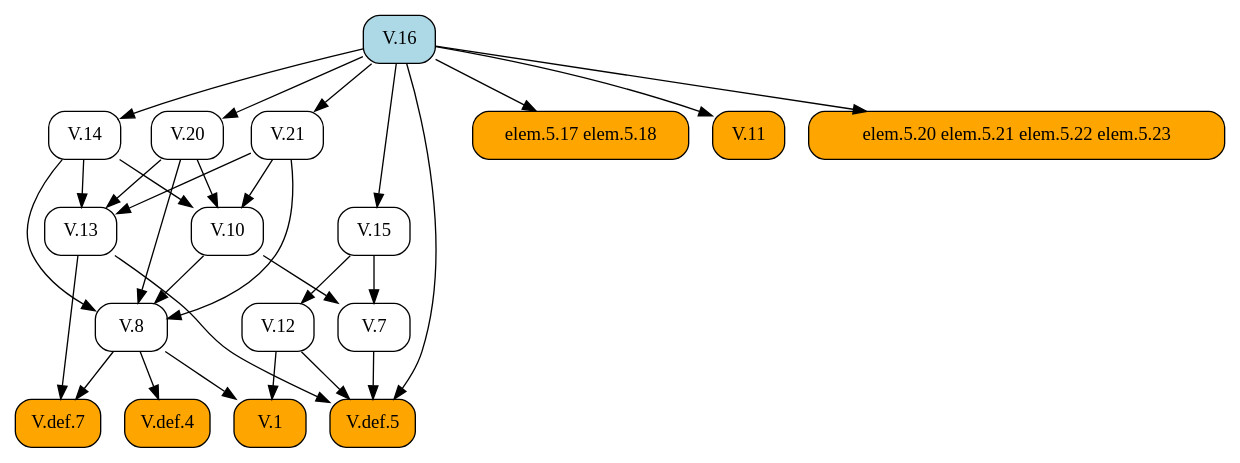
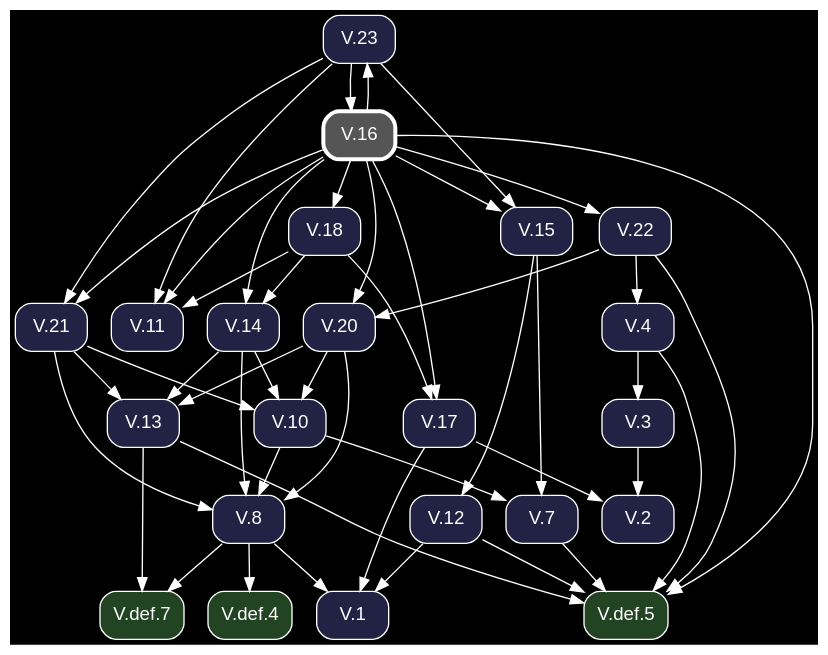
The diagram in docsrc/heath/V/16/index.rst (geometor/elements), drawn with Graphviz before and after one commit. The commit also changed other lines of this file and 1200 other files, not shown here.

Commit message:
update dependency graphs

```diff
--- a/docsrc/heath/V/16/index.rst
+++ b/docsrc/heath/V/16/index.rst
@@ -61,52 +61,76 @@
 .. graphviz::
 
    digraph {
+     bgcolor="black";
+     node [shape=box, style="rounded,filled", fontname="Helvetica", color="white", fontcolor="white"];
+     edge [color="white", fontcolor="white"];
      rankdir="TB";
-     node [shape=box, style=rounded];
-     "V.16" [style="rounded,filled", fillcolor=lightblue, URL="/heath/V/16/", target="_top"];
-     "V.def.7" [style="rounded,filled", fillcolor=orange, URL="/heath/V/def.7/", target="_top"];
-     "V.21" [URL="/heath/V/21/", target="_top"];
-     "V.13" [URL="/heath/V/13/", target="_top"];
-     "V.7" [URL="/heath/V/7/", target="_top"];
-     "elem.5.17 elem.5.18" [style="rounded,filled", fillcolor=orange];
-     "V.14" [URL="/heath/V/14/", target="_top"];
-     "V.def.5" [style="rounded,filled", fillcolor=orange, URL="/heath/V/def.5/", target="_top"];
-     "V.8" [URL="/heath/V/8/", target="_top"];
-     "V.10" [URL="/heath/V/10/", target="_top"];
-     "V.1" [style="rounded,filled", fillcolor=orange, URL="/heath/V/1/", target="_top"];
-     "V.20" [URL="/heath/V/20/", target="_top"];
-     "V.15" [URL="/heath/V/15/", target="_top"];
-     "V.11" [style="rounded,filled", fillcolor=orange, URL="/heath/V/11/", target="_top"];
-     "elem.5.20 elem.5.21 elem.5.22 elem.5.23" [style="rounded,filled", fillcolor=orange];
-     "V.12" [URL="/heath/V/12/", target="_top"];
-     "V.def.4" [style="rounded,filled", fillcolor=orange, URL="/heath/V/def.4/", target="_top"];
-     "V.8" -> "V.def.7";
-     "V.13" -> "V.def.7";
-     "V.16" -> "V.21";
-     "V.14" -> "V.13";
-     "V.20" -> "V.13";
-     "V.21" -> "V.13";
-     "V.10" -> "V.7";
-     "V.15" -> "V.7";
-     "V.16" -> "elem.5.17 elem.5.18";
-     "V.16" -> "V.14";
+     "V.15" [fillcolor="#222244", URL="/heath/V/15/", target="_top"];
+     "V.def.5" [fillcolor="#224422", URL="/heath/V/def.5/", target="_top"];
+     "V.22" [fillcolor="#222244", URL="/heath/V/22/", target="_top"];
+     "V.11" [fillcolor="#222244", URL="/heath/V/11/", target="_top"];
+     "V.def.7" [fillcolor="#224422", URL="/heath/V/def.7/", target="_top"];
+     "V.12" [fillcolor="#222244", URL="/heath/V/12/", target="_top"];
+     "V.def.4" [fillcolor="#224422", URL="/heath/V/def.4/", target="_top"];
+     "V.20" [fillcolor="#222244", URL="/heath/V/20/", target="_top"];
+     "V.18" [fillcolor="#222244", URL="/heath/V/18/", target="_top"];
+     "V.14" [fillcolor="#222244", URL="/heath/V/14/", target="_top"];
+     "V.23" [fillcolor="#222244", URL="/heath/V/23/", target="_top"];
+     "V.2" [fillcolor="#222244", URL="/heath/V/2/", target="_top"];
+     "V.1" [fillcolor="#222244", URL="/heath/V/1/", target="_top"];
+     "V.4" [fillcolor="#222244", URL="/heath/V/4/", target="_top"];
+     "V.13" [fillcolor="#222244", URL="/heath/V/13/", target="_top"];
+     "V.21" [fillcolor="#222244", URL="/heath/V/21/", target="_top"];
+     "V.8" [fillcolor="#222244", URL="/heath/V/8/", target="_top"];
+     "V.16" [penwidth=3, color="white", fillcolor="#555555", URL="/heath/V/16/", target="_top"];
+     "V.7" [fillcolor="#222244", URL="/heath/V/7/", target="_top"];
+     "V.3" [fillcolor="#222244", URL="/heath/V/3/", target="_top"];
+     "V.17" [fillcolor="#222244", URL="/heath/V/17/", target="_top"];
+     "V.10" [fillcolor="#222244", URL="/heath/V/10/", target="_top"];
+     "V.16" -> "V.15";
+     "V.23" -> "V.15";
+     "V.4" -> "V.def.5";
      "V.7" -> "V.def.5";
      "V.12" -> "V.def.5";
      "V.13" -> "V.def.5";
      "V.16" -> "V.def.5";
+     "V.22" -> "V.def.5";
+     "V.16" -> "V.22";
+     "V.16" -> "V.11";
+     "V.18" -> "V.11";
+     "V.23" -> "V.11";
+     "V.8" -> "V.def.7";
+     "V.13" -> "V.def.7";
+     "V.15" -> "V.12";
+     "V.8" -> "V.def.4";
+     "V.16" -> "V.20";
+     "V.22" -> "V.20";
+     "V.16" -> "V.18";
+     "V.16" -> "V.14";
+     "V.18" -> "V.14";
+     "V.16" -> "V.23";
+     "V.3" -> "V.2";
+     "V.17" -> "V.2";
+     "V.8" -> "V.1";
+     "V.12" -> "V.1";
+     "V.17" -> "V.1";
+     "V.22" -> "V.4";
+     "V.14" -> "V.13";
+     "V.20" -> "V.13";
+     "V.21" -> "V.13";
+     "V.16" -> "V.21";
+     "V.23" -> "V.21";
      "V.10" -> "V.8";
      "V.14" -> "V.8";
      "V.20" -> "V.8";
      "V.21" -> "V.8";
+     "V.23" -> "V.16";
+     "V.10" -> "V.7";
+     "V.15" -> "V.7";
+     "V.4" -> "V.3";
+     "V.16" -> "V.17";
+     "V.18" -> "V.17";
      "V.14" -> "V.10";
      "V.20" -> "V.10";
      "V.21" -> "V.10";
-     "V.8" -> "V.1";
-     "V.12" -> "V.1";
-     "V.16" -> "V.20";
-     "V.16" -> "V.15";
-     "V.16" -> "V.11";
-     "V.16" -> "elem.5.20 elem.5.21 elem.5.22 elem.5.23";
-     "V.15" -> "V.12";
-     "V.8" -> "V.def.4";
    }
```
